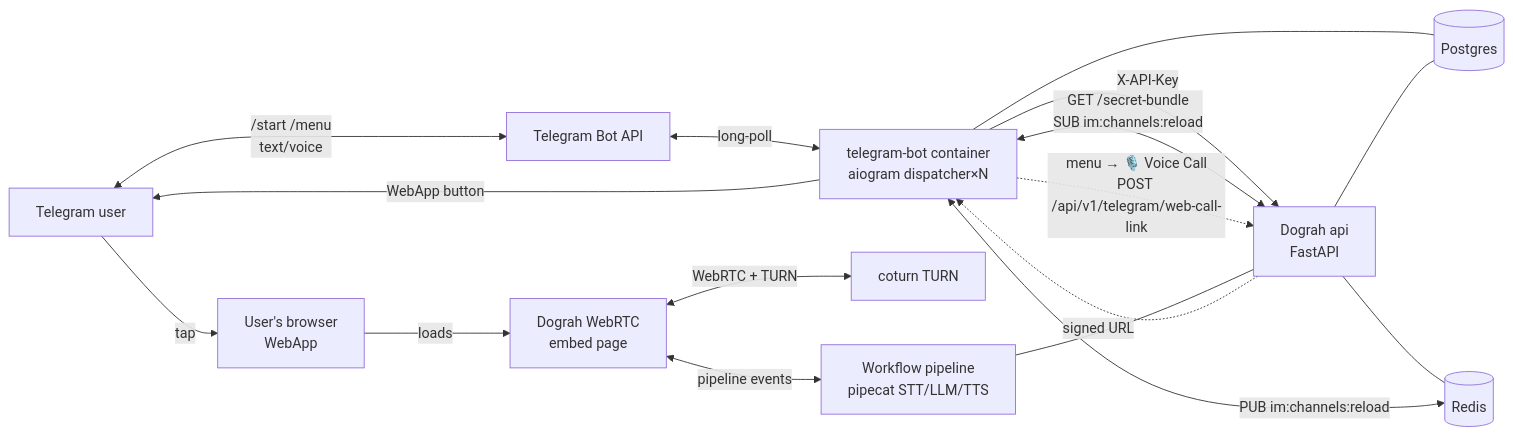
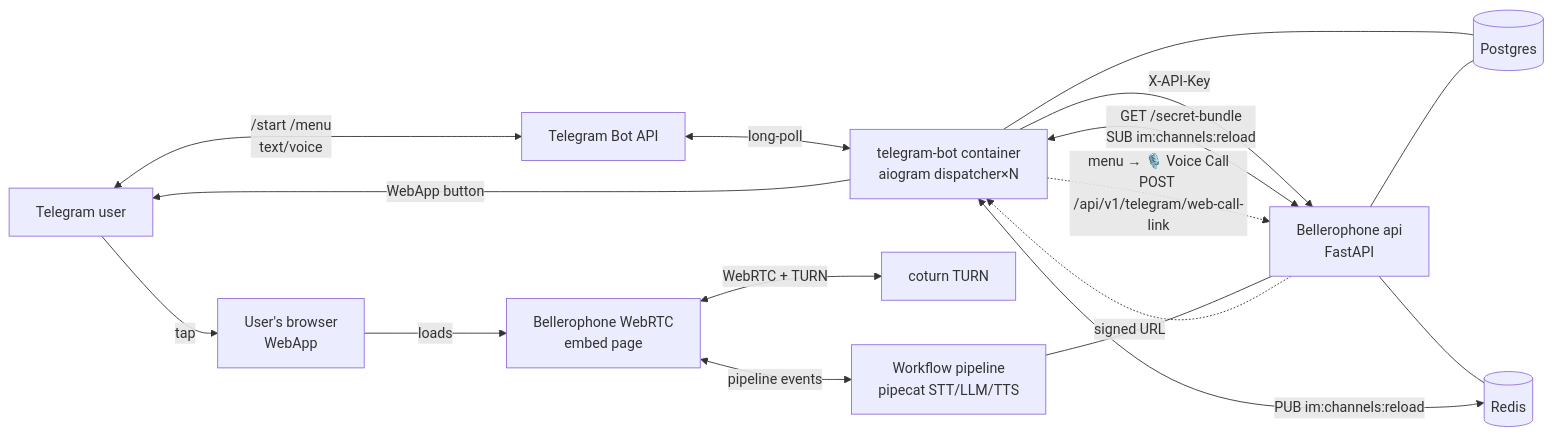
One commit to stefandsl/dograh changed the first of 4 diagrams in docs/channels/architecture.md. Above: the diagram before and after it, drawn with Mermaid. The commit also changed other lines of this file and 84 other files, not shown here.

First line of the commit message:
docs: rebrand Dograh -> Bellerophone (prose, headings, logos)

````diff
--- a/docs/channels/architecture.md
+++ b/docs/channels/architecture.md
@@ -8,33 +8,33 @@
 ```mermaid
 flowchart LR
     User[Telegram user]
     BotAPI[Telegram Bot API]
     Container[telegram-bot container<br/>aiogram dispatcher×N]
-    API[Dograh api<br/>FastAPI]
+    API[Bellerophone api<br/>FastAPI]
     Pg[(Postgres)]
     Redis[(Redis)]
     Browser[User's browser<br/>WebApp]
-    Embed[Dograh WebRTC<br/>embed page]
+    Embed[Bellerophone WebRTC<br/>embed page]
     Coturn[coturn TURN]
     Pipeline[Workflow pipeline<br/>pipecat STT/LLM/TTS]
 
     User <-->|/start /menu<br/>text/voice| BotAPI
     BotAPI <-->|long-poll| Container
 
     Container -->|X-API-Key| API
     Container <-->|GET /secret-bundle<br/>SUB im:channels:reload| API
     Container --- Pg
 
     API --- Pg
     API --- Redis
     Redis <-->|PUB im:channels:reload| Container
 
     Container -.->|menu → 🎙️ Voice Call<br/>POST /api/v1/telegram/web-call-link| API
     API -.->|signed URL| Container
     Container -->|WebApp button| User
     User -->|tap| Browser
     Browser -->|loads| Embed
     Embed <-->|WebRTC + TURN| Coturn
     Embed <-->|pipeline events| Pipeline
     Pipeline --- API
 ```
````
